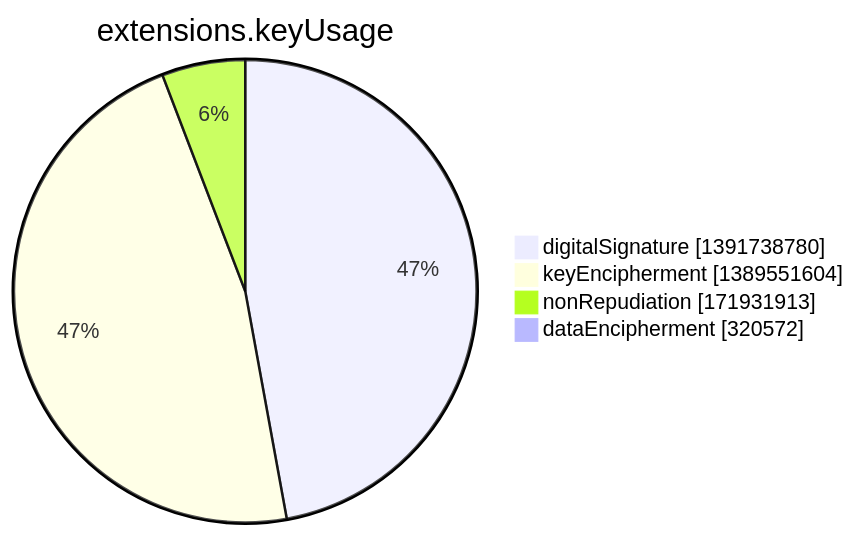
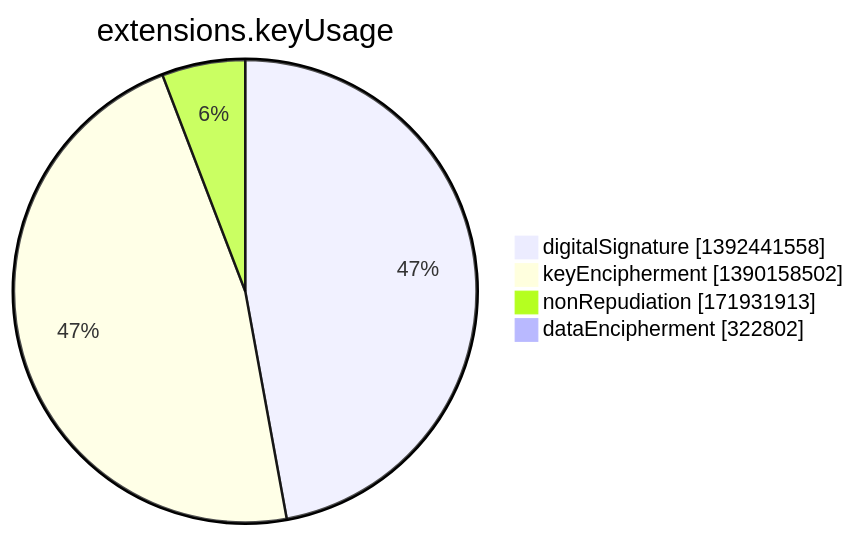
The seventh of 15 diagrams in argon2022/README.md (christiankrug/ctmonitor_visualization), drawn with Mermaid before and after one commit. The commit also changed other lines of this file, not shown here.

````diff
--- a/argon2022/README.md
+++ b/argon2022/README.md
@@ -2751,8 +2751,8 @@
 ```mermaid
 pie showData
 title extensions.keyUsage
-"digitalSignature" :1391738780
-"keyEncipherment" :1389551604
+"digitalSignature" :1392441558
+"keyEncipherment" :1390158502
 "nonRepudiation" :171931913
-"dataEncipherment" :320572
+"dataEncipherment" :322802
 ```
````
